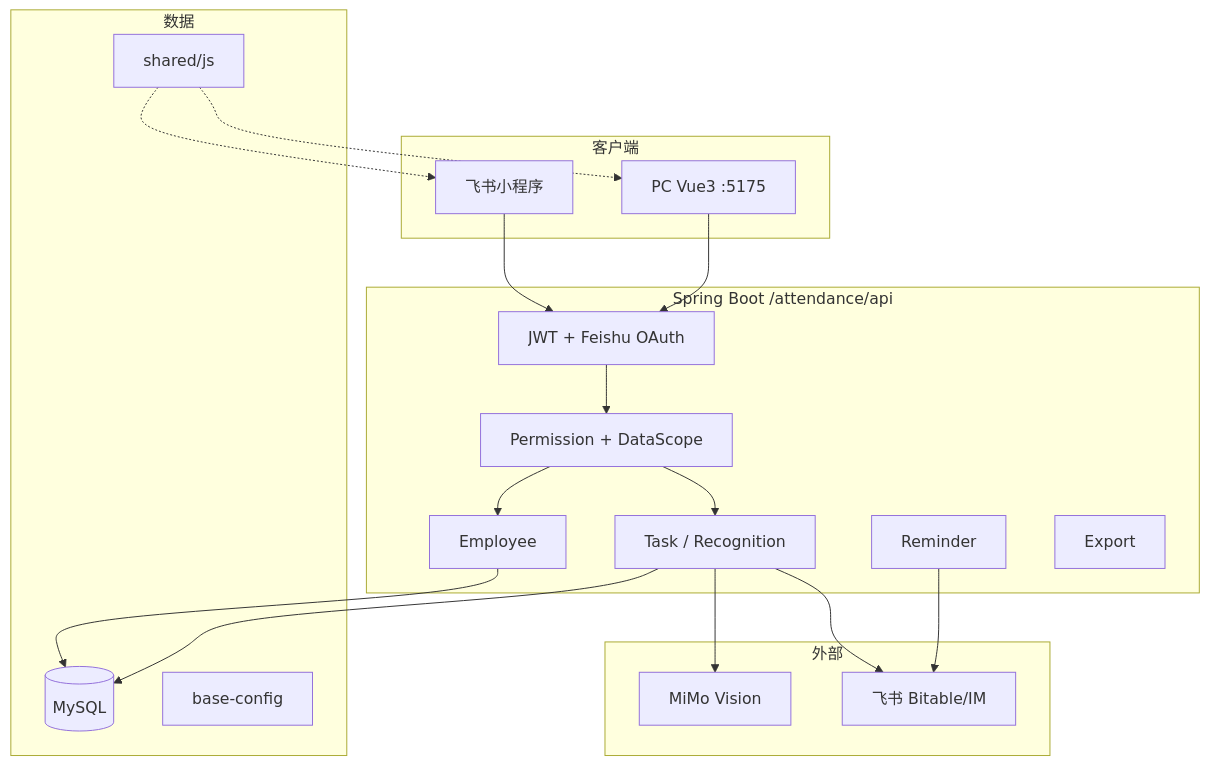
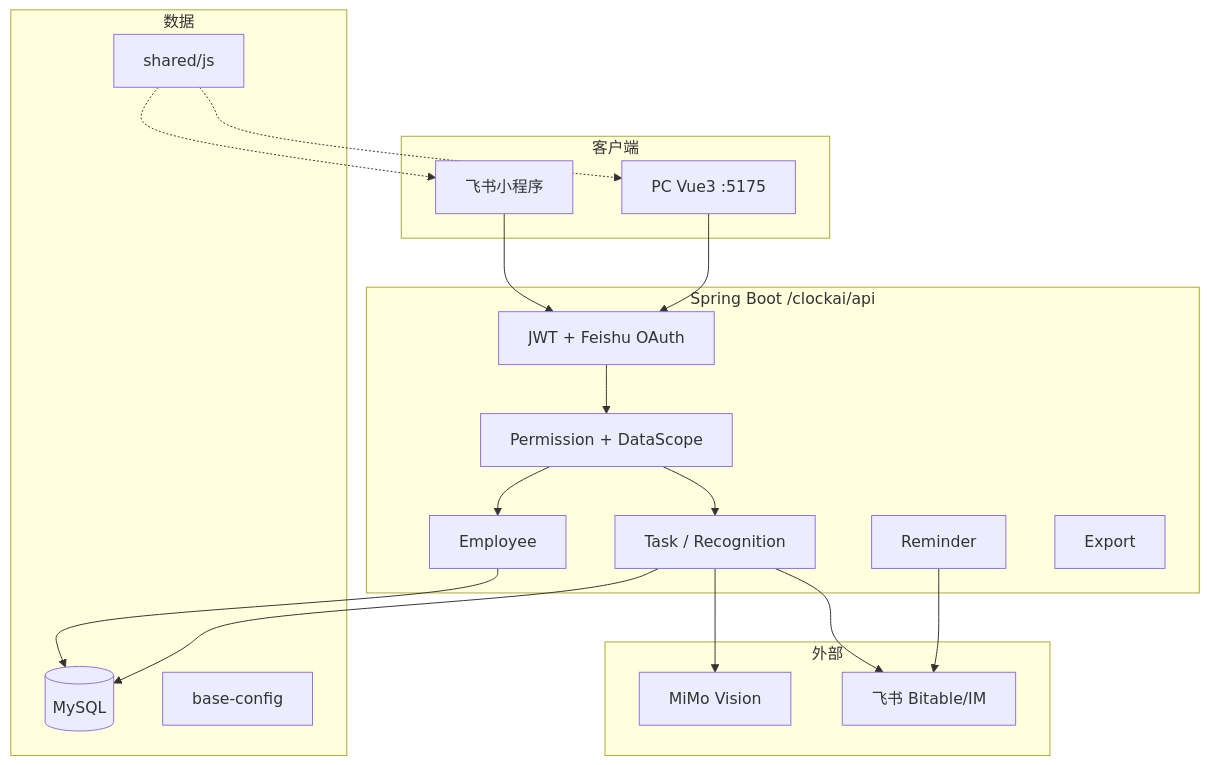
One commit to Ficklehan/AI_Attendance changed the diagram in docs/implementation/development-roadmap.md. Above: the diagram before and after it, drawn with Mermaid. The commit also changed 78 other files, not shown here.

````diff
--- a/docs/implementation/development-roadmap.md
+++ b/docs/implementation/development-roadmap.md
@@ -8,40 +8,40 @@
 ```mermaid
 flowchart TB
   subgraph clients [客户端]
     PC[PC Vue3 :5175]
     MP[飞书小程序]
   end
 
-  subgraph api [Spring Boot /attendance/api]
+  subgraph api [Spring Boot /clockai/api]
     Auth[JWT + Feishu OAuth]
     RBAC[Permission + DataScope]
     Task[Task / Recognition]
     Emp[Employee]
     Rem[Reminder]
     Exp[Export]
   end
 
   subgraph data [数据]
     MySQL[(MySQL)]
     BC[base-config]
     Shared[shared/js]
   end
 
   subgraph ext [外部]
     MIMO[MiMo Vision]
     FS[飞书 Bitable/IM]
   end
 
   PC --> Auth
   MP --> Auth
   Auth --> RBAC
   RBAC --> Task
   RBAC --> Emp
   Task --> MySQL
   Emp --> MySQL
   Rem --> FS
   Task --> MIMO
   Task --> FS
   Shared -.-> PC
   Shared -.-> MP
 ```
````
